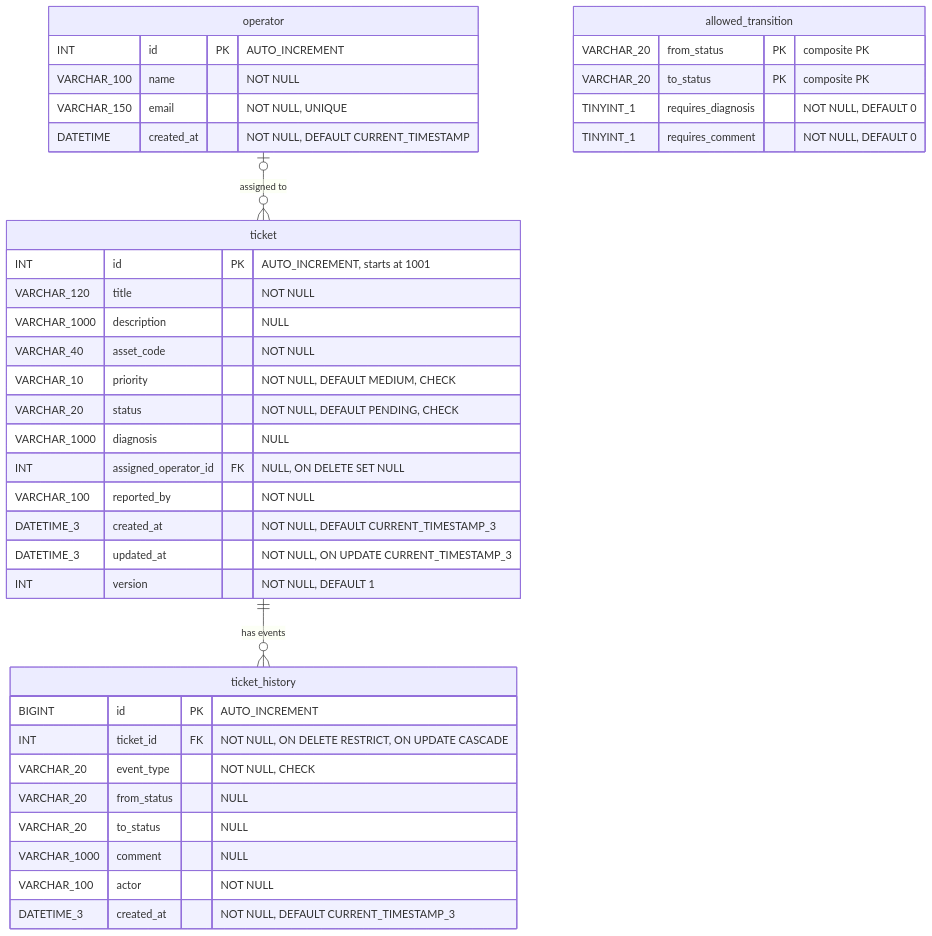
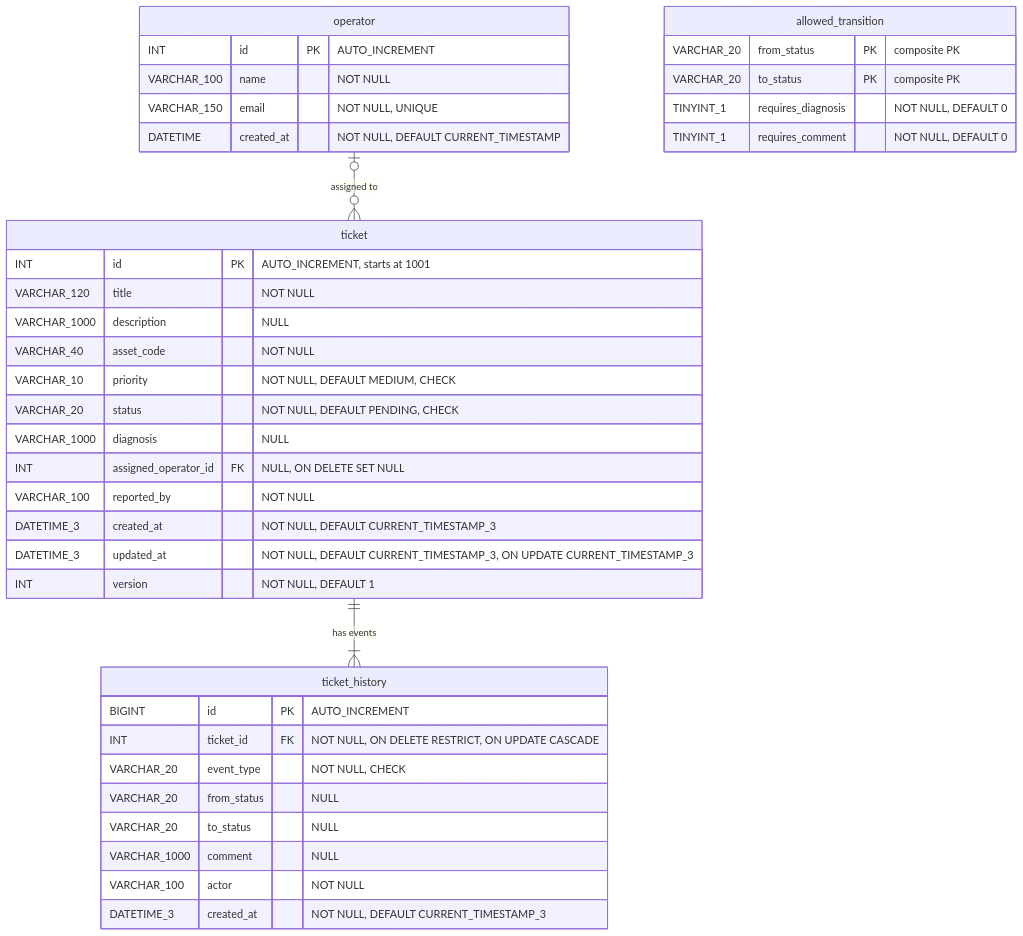
Before and after one commit to MaxWolts/reto-tecnico-fractal-soluciones: the diagram in docs/erd.md, drawn with Mermaid. The commit also changed other lines of this file and 3 other files, not shown here.

````diff
--- a/docs/erd.md
+++ b/docs/erd.md
@@ -5,45 +5,45 @@
 ```mermaid
 erDiagram
     operator |o--o{ ticket : "assigned to"
-    ticket ||--o{ ticket_history : "has events"
+    ticket ||--|{ ticket_history : "has events"
 
     operator {
         INT id PK "AUTO_INCREMENT"
         VARCHAR_100 name "NOT NULL"
         VARCHAR_150 email "NOT NULL, UNIQUE"
         DATETIME created_at "NOT NULL, DEFAULT CURRENT_TIMESTAMP"
     }
 
     ticket {
         INT id PK "AUTO_INCREMENT, starts at 1001"
         VARCHAR_120 title "NOT NULL"
         VARCHAR_1000 description "NULL"
         VARCHAR_40 asset_code "NOT NULL"
         VARCHAR_10 priority "NOT NULL, DEFAULT MEDIUM, CHECK"
         VARCHAR_20 status "NOT NULL, DEFAULT PENDING, CHECK"
         VARCHAR_1000 diagnosis "NULL"
         INT assigned_operator_id FK "NULL, ON DELETE SET NULL"
         VARCHAR_100 reported_by "NOT NULL"
         DATETIME_3 created_at "NOT NULL, DEFAULT CURRENT_TIMESTAMP_3"
-        DATETIME_3 updated_at "NOT NULL, ON UPDATE CURRENT_TIMESTAMP_3"
+        DATETIME_3 updated_at "NOT NULL, DEFAULT CURRENT_TIMESTAMP_3, ON UPDATE CURRENT_TIMESTAMP_3"
         INT version "NOT NULL, DEFAULT 1"
     }
 
     ticket_history {
         BIGINT id PK "AUTO_INCREMENT"
         INT ticket_id FK "NOT NULL, ON DELETE RESTRICT, ON UPDATE CASCADE"
         VARCHAR_20 event_type "NOT NULL, CHECK"
         VARCHAR_20 from_status "NULL"
         VARCHAR_20 to_status "NULL"
         VARCHAR_1000 comment "NULL"
         VARCHAR_100 actor "NOT NULL"
         DATETIME_3 created_at "NOT NULL, DEFAULT CURRENT_TIMESTAMP_3"
     }
 
     allowed_transition {
         VARCHAR_20 from_status PK "composite PK"
         VARCHAR_20 to_status PK "composite PK"
         TINYINT_1 requires_diagnosis "NOT NULL, DEFAULT 0"
         TINYINT_1 requires_comment "NOT NULL, DEFAULT 0"
     }
 ```
````
